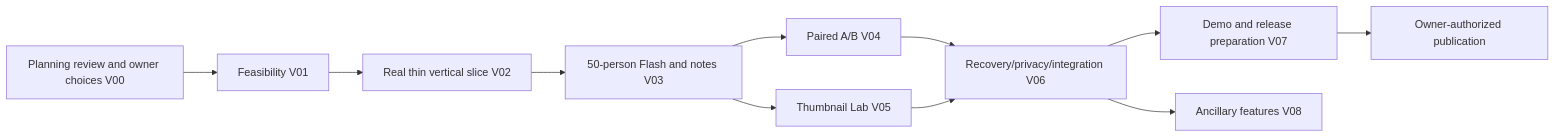
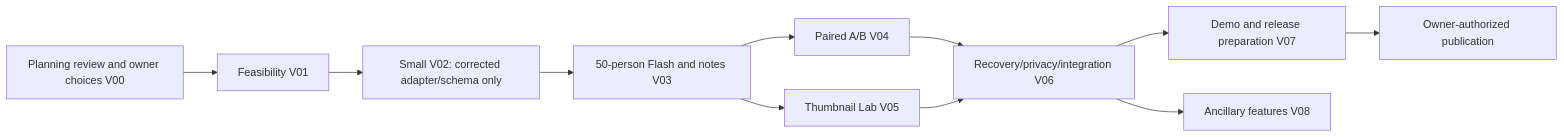
One commit to ShrikarT/mobbs changed the diagram in PLAN.md. Above: the diagram before and after it, drawn with Mermaid. The commit also changed other lines of this file and 15 other files, not shown here.

````diff
--- a/PLAN.md
+++ b/PLAN.md
@@ -22,13 +24,13 @@
 ```mermaid
 flowchart LR
  P[Planning review and owner choices V00] --> S[Feasibility V01]
- S --> L[Real thin vertical slice V02]
+ S --> L[Small V02: corrected adapter/schema only]
  L --> F[50-person Flash and notes V03]
  F --> A[Paired A/B V04]
  F --> T[Thumbnail Lab V05]
  A --> H[Recovery/privacy/integration V06]
  T --> H
  H --> D[Demo and release preparation V07]
  H --> X[Ancillary features V08]
  D --> R[Owner-authorized publication]
 ```
````
